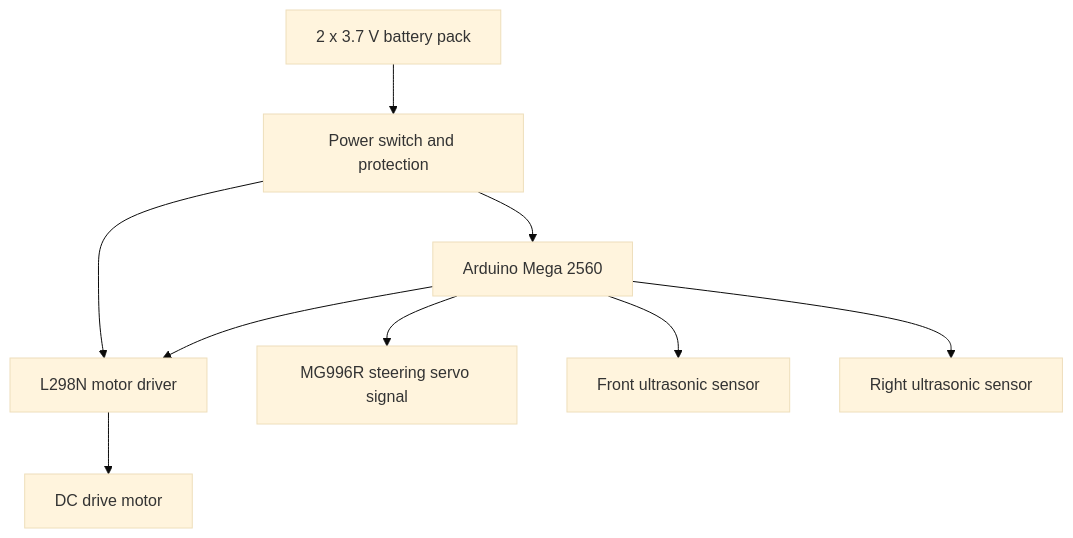
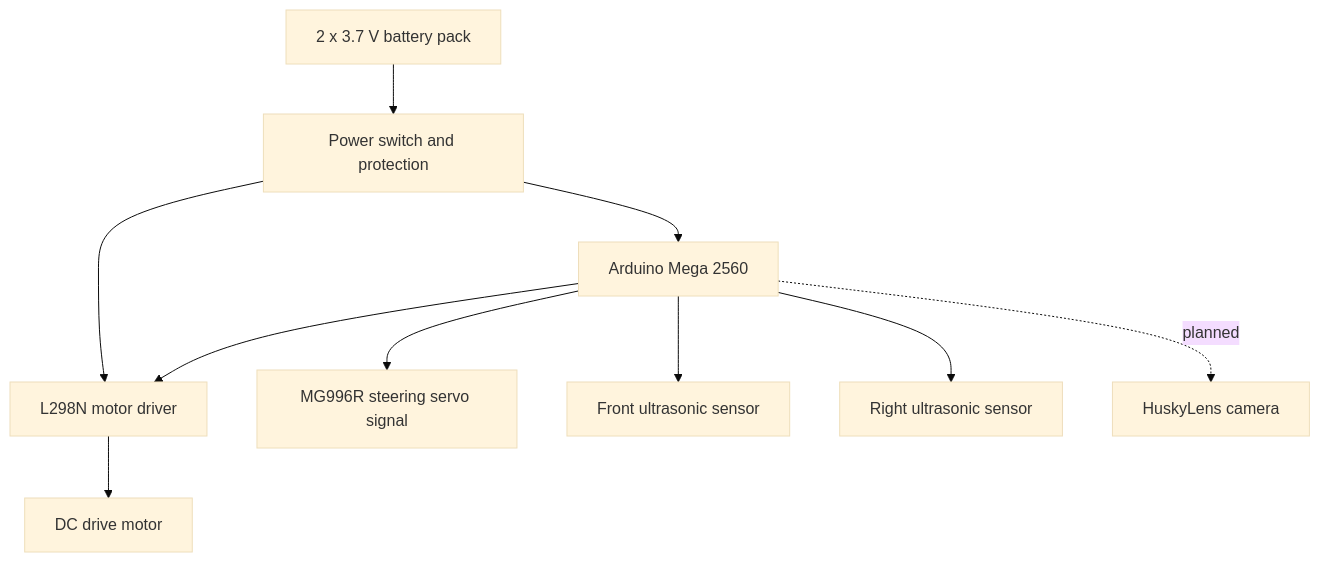
Before and after one commit to Yamilgmr/SKRobotics_WRO2026: the diagram in docs/01_project_overview.md, drawn with Mermaid (base theme). The commit also changed other lines of this file and 13 other files, not shown here.

Commit message:
Document HuskyLens obstacle plan

````diff
--- a/docs/01_project_overview.md
+++ b/docs/01_project_overview.md
@@ -24,11 +24,12 @@
 ```mermaid
 flowchart TD
     A["2 x 3.7 V battery pack"] --> B["Power switch and protection"]
     B --> C["Arduino Mega 2560"]
     B --> D["L298N motor driver"]
     D --> E["DC drive motor"]
     C --> F["MG996R steering servo signal"]
     C --> G["Front ultrasonic sensor"]
     C --> H["Right ultrasonic sensor"]
+    C -. planned .-> I["HuskyLens camera"]
     C --> D
 ```
````
